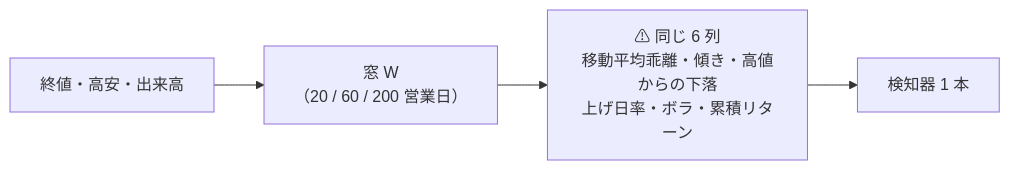
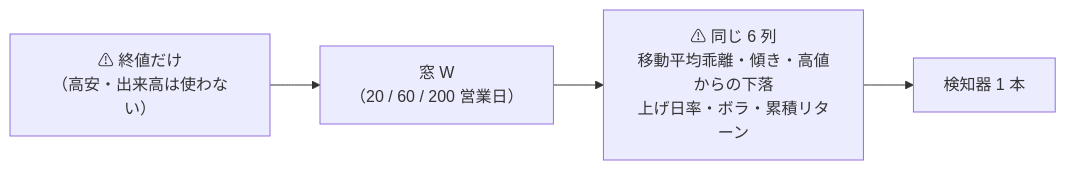
Diagram 11 of 11 in docs/specs/experiments/feature-discovery/rules.md (akiraak/ai-income-lab), drawn with Mermaid before and after one commit. The commit also changed other lines of this file and 34 other files, not shown here.

````diff
--- a/docs/specs/experiments/feature-discovery/rules.md
+++ b/docs/specs/experiments/feature-discovery/rules.md
@@ -691,6 +722,6 @@
 ```mermaid
 flowchart LR
-  P["終値・高安・出来高"] --> W["窓 W<br/>（20 / 60 / 200 営業日）"]
+  P["⚠ 終値だけ<br/>（高安・出来高は使わない）"] --> W["窓 W<br/>（20 / 60 / 200 営業日）"]
   W --> C["⚠ 同じ 6 列<br/>移動平均乖離・傾き・高値からの下落<br/>上げ日率・ボラ・累積リターン"]
   C --> D["検知器 1 本"]
 ```
````
